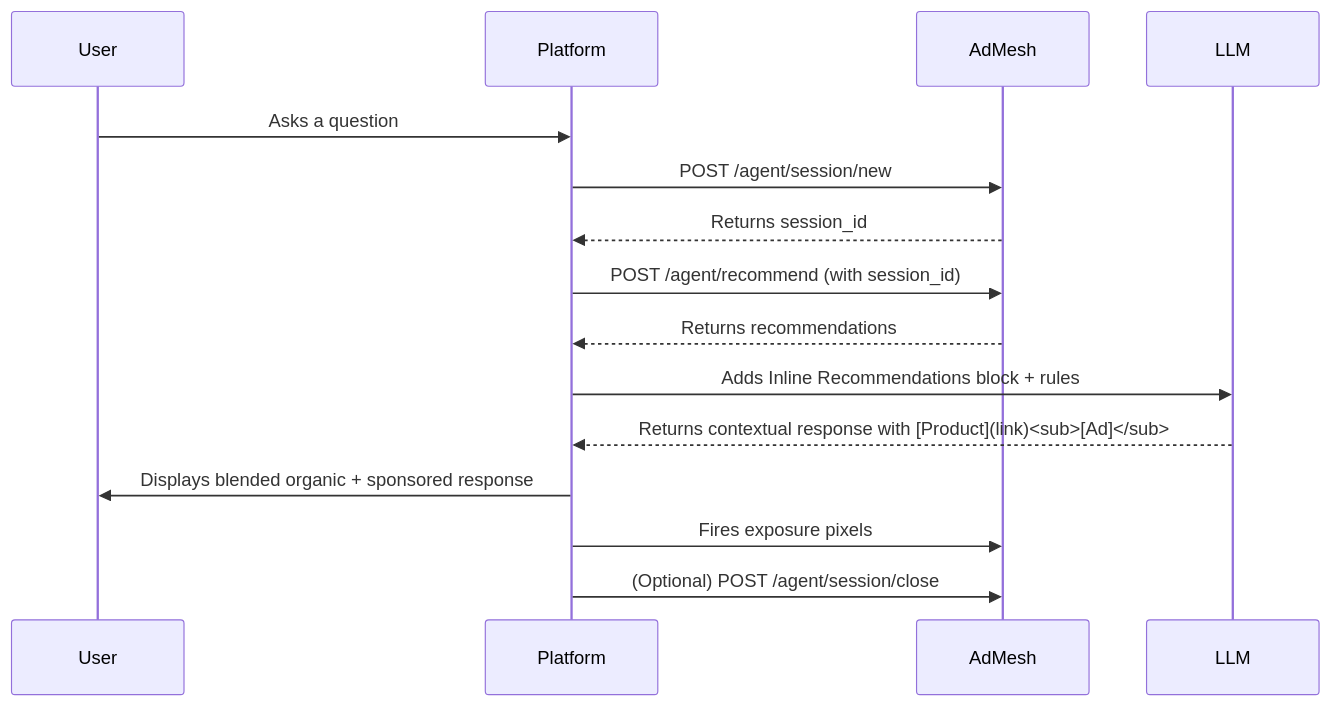
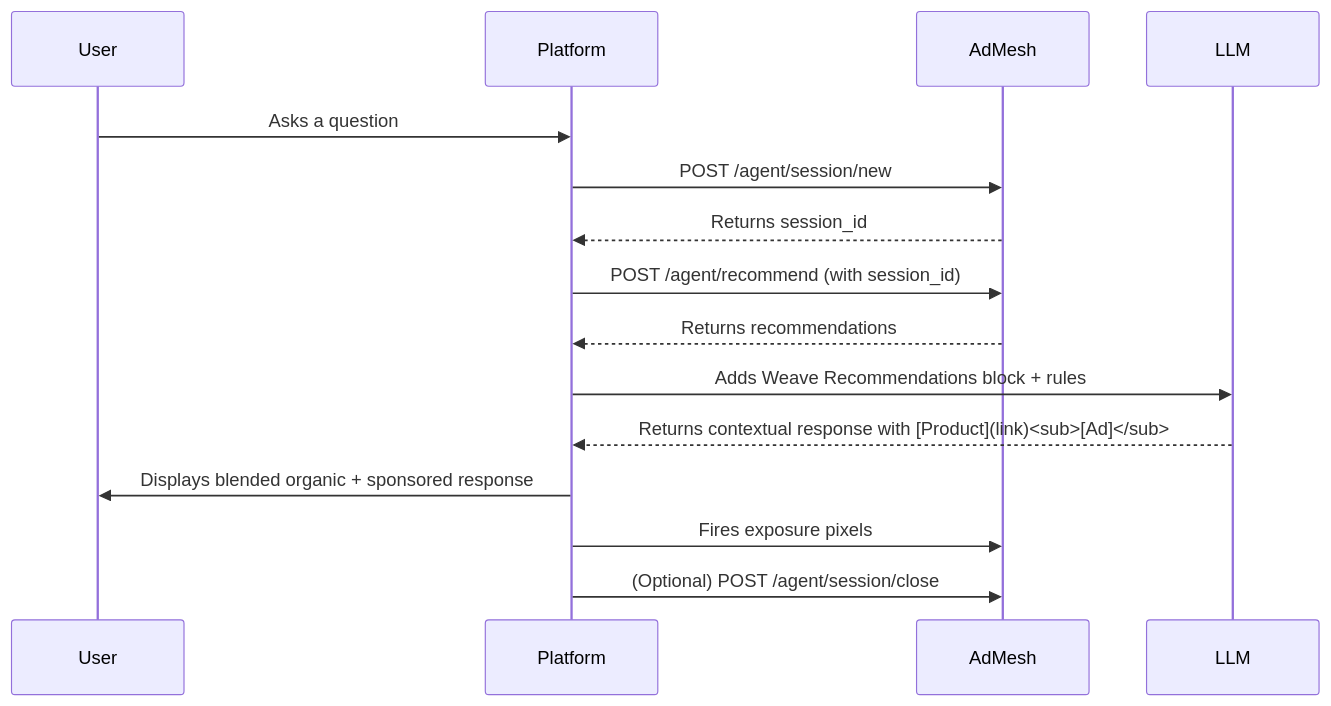
Before and after one commit to GouniManikumar12/docs: the first of 2 diagrams in platforms/overview.mdx, drawn with Mermaid. The commit also changed other lines of this file and 17 other files, not shown here.

````diff
--- a/platforms/overview.mdx
+++ b/platforms/overview.mdx
@@ -29,18 +58,18 @@
 ```mermaid
 sequenceDiagram
 participant User
 participant Platform
 participant AdMesh
 participant LLM
 
 User->>Platform: Asks a question
 Platform->>AdMesh: POST /agent/session/new
 AdMesh-->>Platform: Returns session_id
 Platform->>AdMesh: POST /agent/recommend (with session_id)
 AdMesh-->>Platform: Returns recommendations
-Platform->>LLM: Adds Inline Recommendations block + rules
+Platform->>LLM: Adds Weave Recommendations block + rules
 LLM-->>Platform: Returns contextual response with [Product](link)<sub>[Ad]</sub>
 Platform->>User: Displays blended organic + sponsored response
 Platform->>AdMesh: Fires exposure pixels
 Platform->>AdMesh: (Optional) POST /agent/session/close
 ```
````
